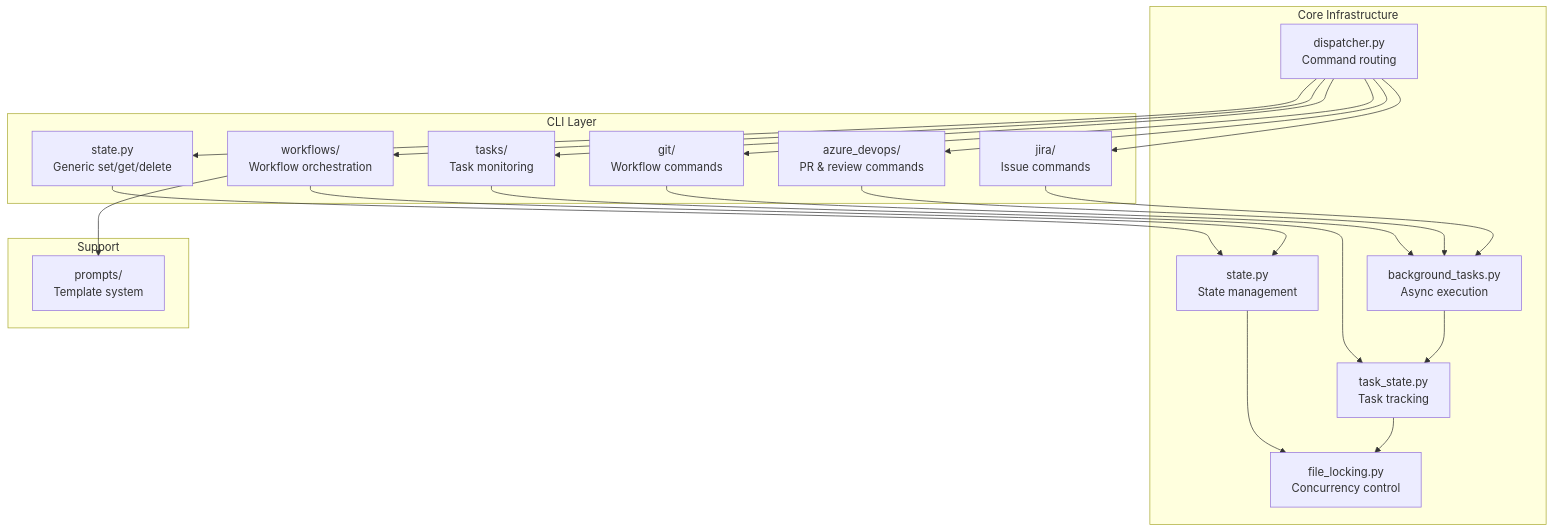
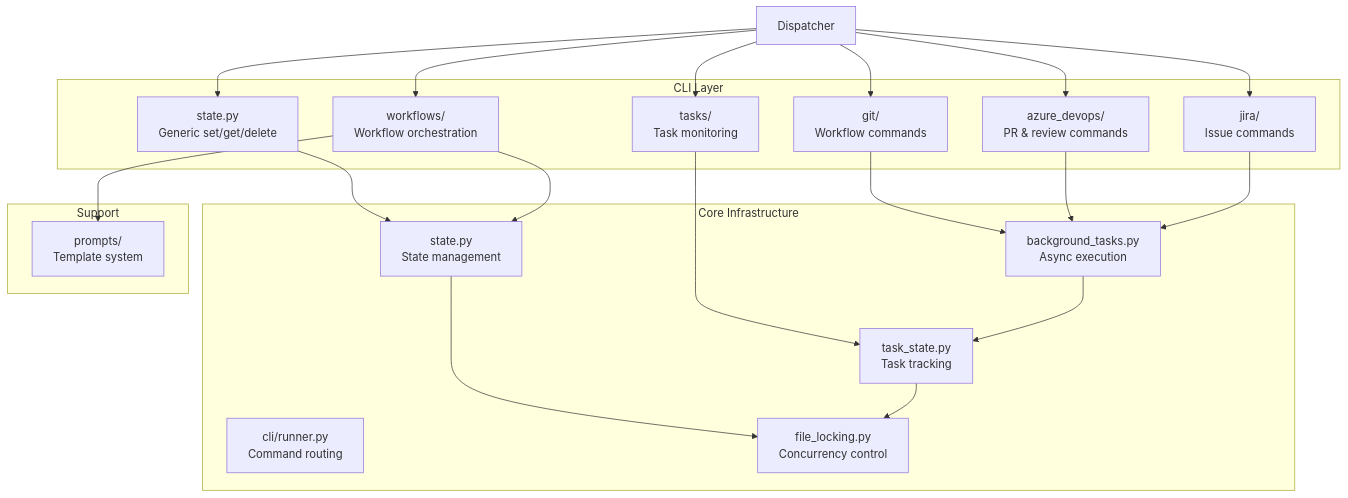
The second of 12 diagrams in docs/05-building-blocks.md (ayaiayorg/agentic-devtools), drawn with Mermaid before and after one commit. The commit also changed other lines of this file and 17 other files, not shown here.

````diff
--- a/docs/05-building-blocks.md
+++ b/docs/05-building-blocks.md
@@ -24,42 +24,42 @@
 ```mermaid
 graph TB
     subgraph "CLI Layer"
         StateCmd[state.py<br/>Generic set/get/delete]
         GitCmd[git/<br/>Workflow commands]
         ADOCmd[azure_devops/<br/>PR & review commands]
         JiraCmd[jira/<br/>Issue commands]
         TaskCmd[tasks/<br/>Task monitoring]
         WorkflowCmd[workflows/<br/>Workflow orchestration]
     end
     
     subgraph "Core Infrastructure"
-        Dispatcher[dispatcher.py<br/>Command routing]
+        Runner[cli/runner.py<br/>Command routing]
         State[state.py<br/>State management]
         BG[background_tasks.py<br/>Async execution]
         TaskState[task_state.py<br/>Task tracking]
         Lock[file_locking.py<br/>Concurrency control]
     end
     
     subgraph "Support"
         Prompts[prompts/<br/>Template system]
     end
     
     StateCmd --> State
     GitCmd --> BG
     ADOCmd --> BG
     JiraCmd --> BG
     TaskCmd --> TaskState
     WorkflowCmd --> State
     
     State --> Lock
     BG --> TaskState
     TaskState --> Lock
     WorkflowCmd --> Prompts
     
     Dispatcher --> StateCmd
     Dispatcher --> GitCmd
     Dispatcher --> ADOCmd
     Dispatcher --> JiraCmd
     Dispatcher --> TaskCmd
     Dispatcher --> WorkflowCmd
 ```
````
